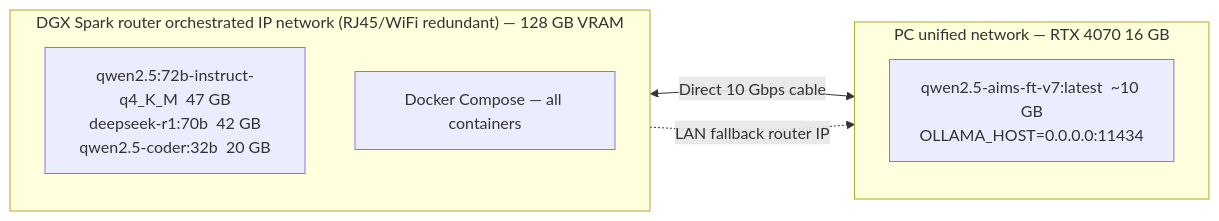
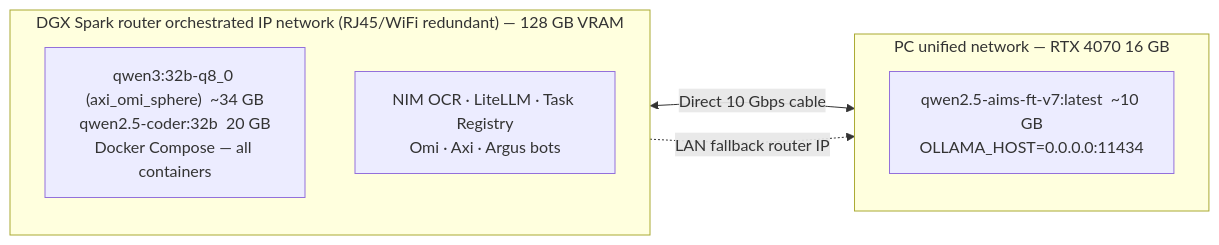
Diagram 12 of 12 in README.md (AxiOMSphereAssistanceAIMS/AxiOMSphere), drawn with Mermaid before and after one commit. The commit also changed other lines of this file, not shown here.

First line of the commit message:
Update model stack to reflect real production models

````diff
--- a/README.md
+++ b/README.md
@@ -568,12 +568,12 @@
 ```mermaid
 graph LR
     subgraph DGX["DGX Spark router orchestrated IP network (RJ45/WiFi redundant)  —  128 GB VRAM"]
-        DGX_MODELS["qwen2.5:72b-instruct-q4_K_M  47 GB\ndeepseek-r1:70b  42 GB\nqwen2.5-coder:32b  20 GB"]
-        DGX_DOCKER["Docker Compose — all containers"]
+        DGX_MODELS["qwen3:32b-q8_0 (axi_omi_sphere)  ~34 GB\nqwen2.5-coder:32b  20 GB\nDocker Compose — all containers"]
+        DGX_DOCKER["NIM OCR · LiteLLM · Task Registry\nOmi · Axi · Argus bots"]
     end
     subgraph PC["PC  unified network  —  RTX 4070 16 GB"]
         PC_MODELS["qwen2.5-aims-ft-v7:latest  ~10 GB\nOLLAMA_HOST=0.0.0.0:11434"]
     end
     DGX <-->|"Direct 10 Gbps cable"| PC
     DGX -.->|"LAN fallback router IP"| PC
 ```
````
